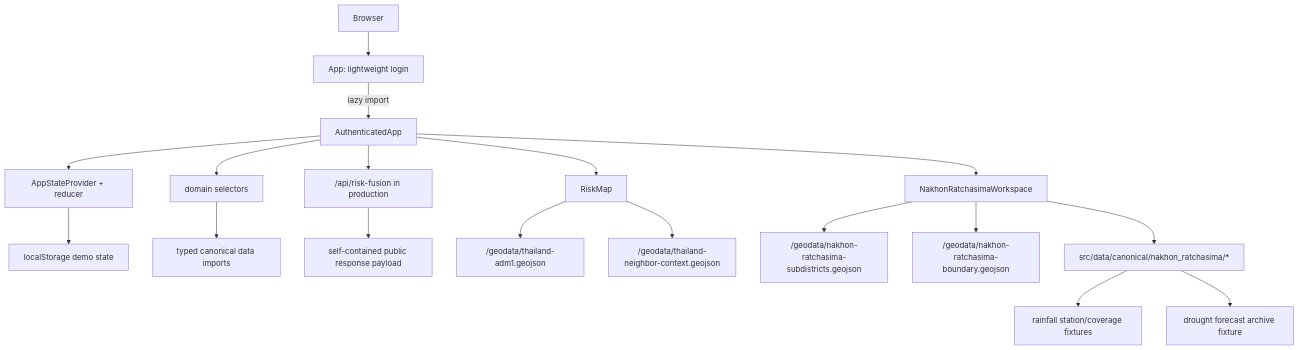
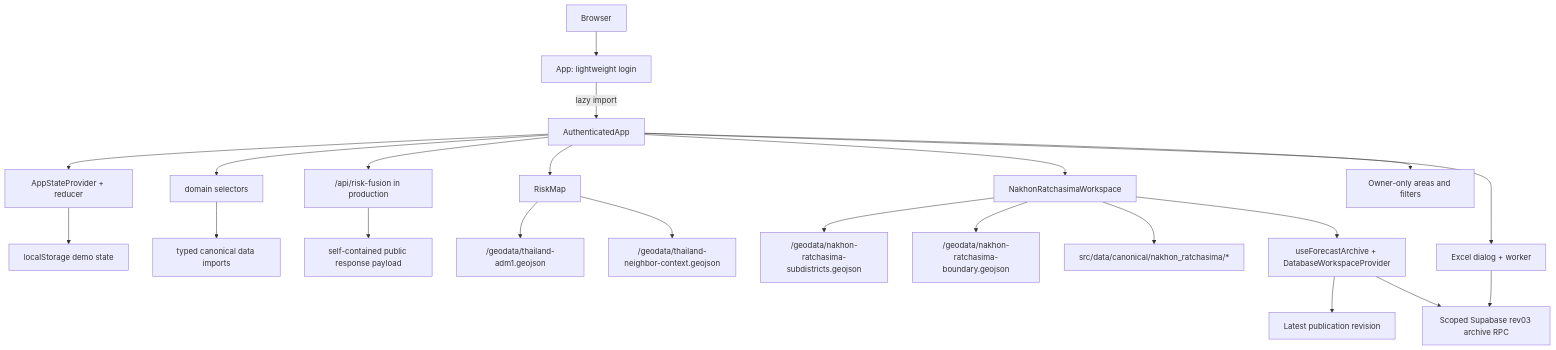
Before and after one commit to purichw/korattanphai: the diagram in docs/ARCHITECTURE.md, drawn with Mermaid. The commit also changed other lines of this file and 39 other files, not shown here.

````diff
--- a/docs/ARCHITECTURE.md
+++ b/docs/ARCHITECTURE.md
@@ -42,20 +44,24 @@
 ```mermaid
 flowchart TD
   Browser["Browser"] --> Login["App: lightweight login"]
   Login -->|lazy import| App["AuthenticatedApp"]
   App --> Store["AppStateProvider + reducer"]
   Store --> Local["localStorage demo state"]
   App --> Domain["domain selectors"]
   App --> FusionApi["/api/risk-fusion in production"]
   Domain --> Catalog["typed canonical data imports"]
   FusionApi --> FusionPayload["self-contained public response payload"]
   App --> Map["RiskMap"]
   Map --> Geo["/geodata/thailand-adm1.geojson"]
   Map --> NeighborGeo["/geodata/thailand-neighbor-context.geojson"]
   App --> NR["NakhonRatchasimaWorkspace"]
   NR --> NRGeo["/geodata/nakhon-ratchasima-subdistricts.geojson"]
   NR --> NRBoundary["/geodata/nakhon-ratchasima-boundary.geojson"]
   NR --> NRData["src/data/canonical/nakhon_ratchasima/*"]
-  NRData --> Rain["rainfall station/coverage fixtures"]
-  NRData --> Archive["drought forecast archive fixture"]
+  NR --> Loader["useForecastArchive + DatabaseWorkspaceProvider"]
+  Loader --> Revision["Latest publication revision"]
+  Loader --> Archive["Scoped Supabase rev03 archive RPC"]
+  App --> Saved["Owner-only areas and filters"]
+  App --> Excel["Excel dialog + worker"]
+  Excel --> Archive
 ```
````
